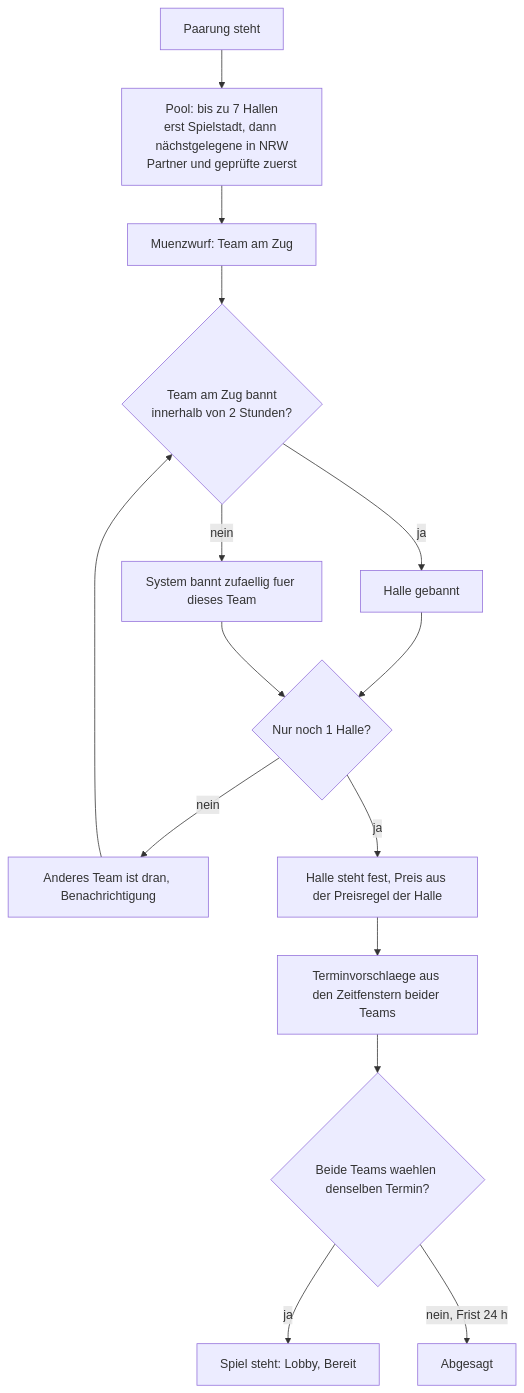
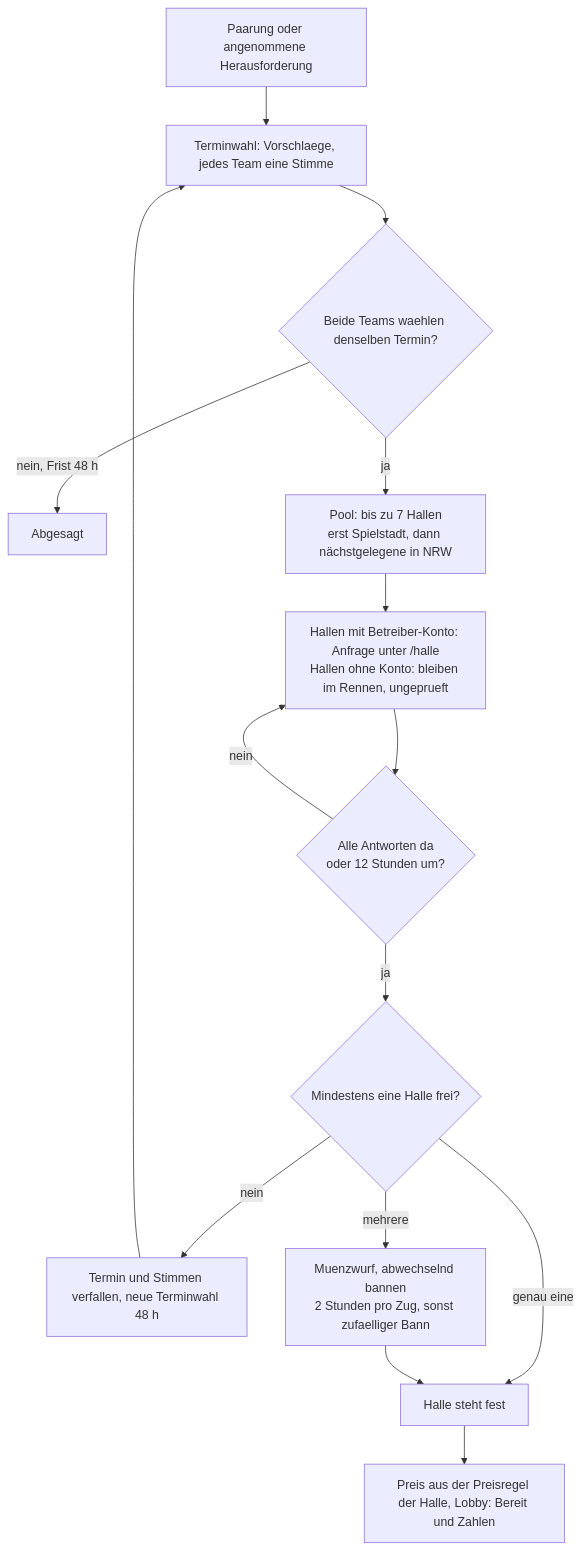
One commit to alperkagan67/soccaz changed the sixth of 6 diagrams in docs/ARCHITEKTUR-GEBAUT.md. Above: the diagram before and after it, drawn with Mermaid. The commit also changed other lines of this file and 31 other files, not shown here.

Commit message:
Neuer Ablauf: erst Termin, dann Hallen-Anfrage (Betreiber bestätigen unter /halle), dann Veto; Turniere/Ligen aus der Navigation

````diff
--- a/docs/ARCHITEKTUR-GEBAUT.md
+++ b/docs/ARCHITEKTUR-GEBAUT.md
@@ -263,17 +263,17 @@
 ```mermaid
 flowchart TD
-  A[Paarung steht] --> B[Pool: bis zu 7 Hallen<br/>erst Spielstadt, dann nächstgelegene in NRW<br/>Partner und geprüfte zuerst]
-  B --> C[Muenzwurf: Team am Zug]
-  C --> D{Team am Zug bannt<br/>innerhalb von 2 Stunden?}
-  D -- ja --> E[Halle gebannt]
-  D -- nein --> F[System bannt zufaellig fuer dieses Team]
-  E --> G{Nur noch 1 Halle?}
-  F --> G
-  G -- nein --> H[Anderes Team ist dran, Benachrichtigung]
-  H --> D
-  G -- ja --> I[Halle steht fest, Preis aus der Preisregel der Halle]
-  I --> J[Terminvorschlaege aus den Zeitfenstern beider Teams]
-  J --> K{Beide Teams waehlen denselben Termin?}
-  K -- ja --> L[Spiel steht: Lobby, Bereit]
-  K -- nein, Frist 24 h --> M[Abgesagt]
+  A[Paarung oder angenommene Herausforderung] --> B[Terminwahl: Vorschlaege, jedes Team eine Stimme]
+  B --> C{Beide Teams waehlen denselben Termin?}
+  C -- nein, Frist 48 h --> Z[Abgesagt]
+  C -- ja --> D[Pool: bis zu 7 Hallen<br/>erst Spielstadt, dann nächstgelegene in NRW]
+  D --> E[Hallen mit Betreiber-Konto: Anfrage unter /halle<br/>Hallen ohne Konto: bleiben im Rennen, ungeprueft]
+  E --> F{Alle Antworten da<br/>oder 12 Stunden um?}
+  F -- nein --> E
+  F -- ja --> G{Mindestens eine Halle frei?}
+  G -- nein --> H[Termin und Stimmen verfallen, neue Terminwahl 48 h]
+  H --> B
+  G -- "genau eine" --> L[Halle steht fest]
+  G -- "mehrere" --> M[Muenzwurf, abwechselnd bannen<br/>2 Stunden pro Zug, sonst zufaelliger Bann]
+  M --> L
+  L --> N[Preis aus der Preisregel der Halle, Lobby: Bereit und Zahlen]
 ```
````
